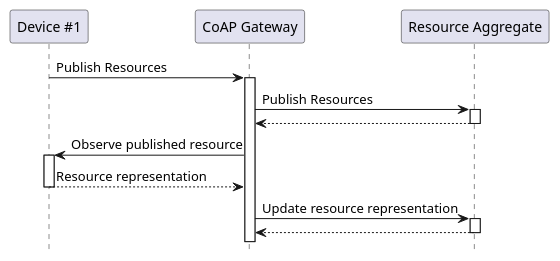
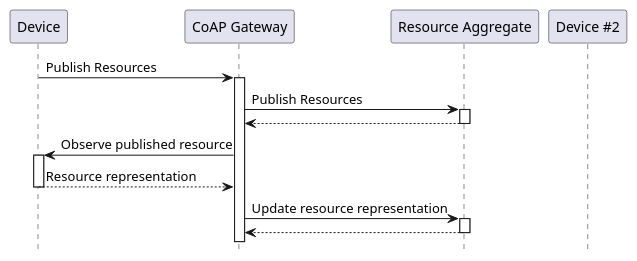
The fourth of 4 diagrams in docs/guide/architecture/system-overview.md (plgd-dev/hub), drawn with PlantUML before and after one commit. The commit also changed other lines of this file and 1 other file, not shown here.

Commit message:
[doc] extend coap-gw flow diagram

```diff
--- a/docs/guide/architecture/system-overview.md
+++ b/docs/guide/architecture/system-overview.md
@@ -98,16 +125,17 @@
 @startuml Sequence
 hide footbox
 
-participant D1 as "Device #1"
+participant D as "Device"
 participant CGW as "CoAP Gateway"
 participant RA as "Resource Aggregate"
+participant D2 as "Device #2"
 
-D1 -> CGW ++: Publish Resources
+D -> CGW ++: Publish Resources
 CGW -> RA ++: Publish Resources
 return
-CGW -> D1 ++: Observe published resource
+CGW -> D ++: Observe published resource
 return Resource representation
 CGW -> RA ++: Update resource representation
 return
 
 @enduml
```
